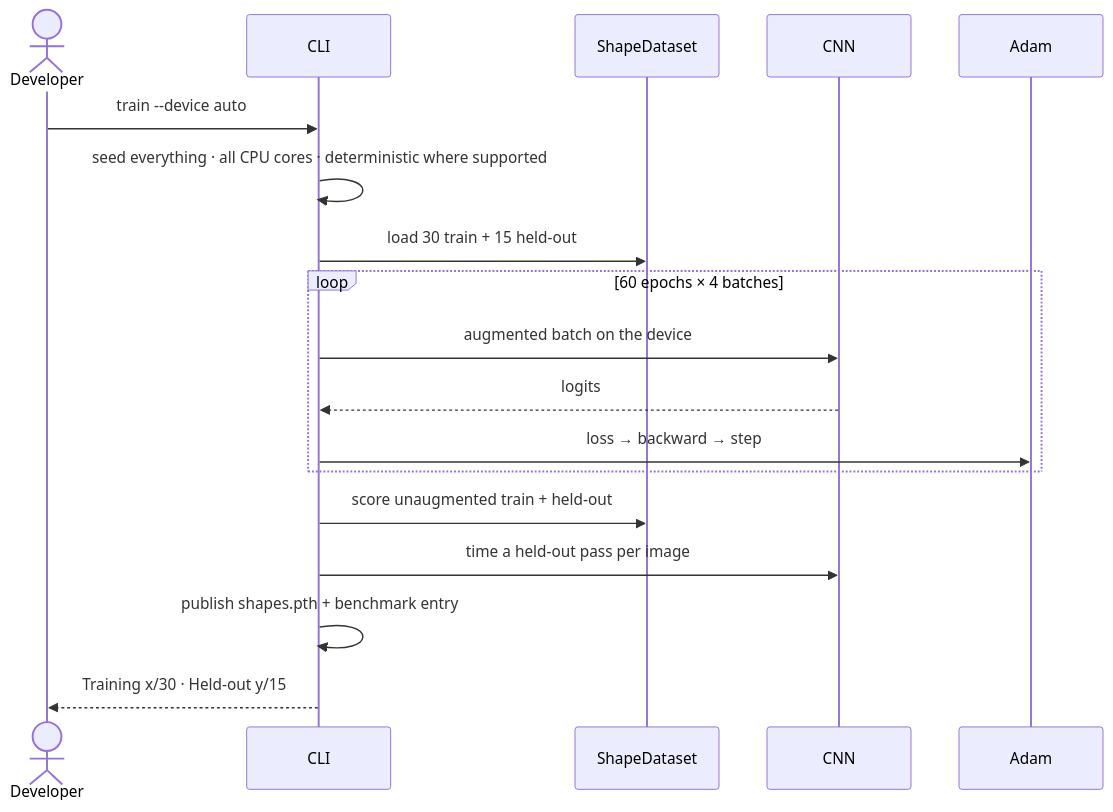
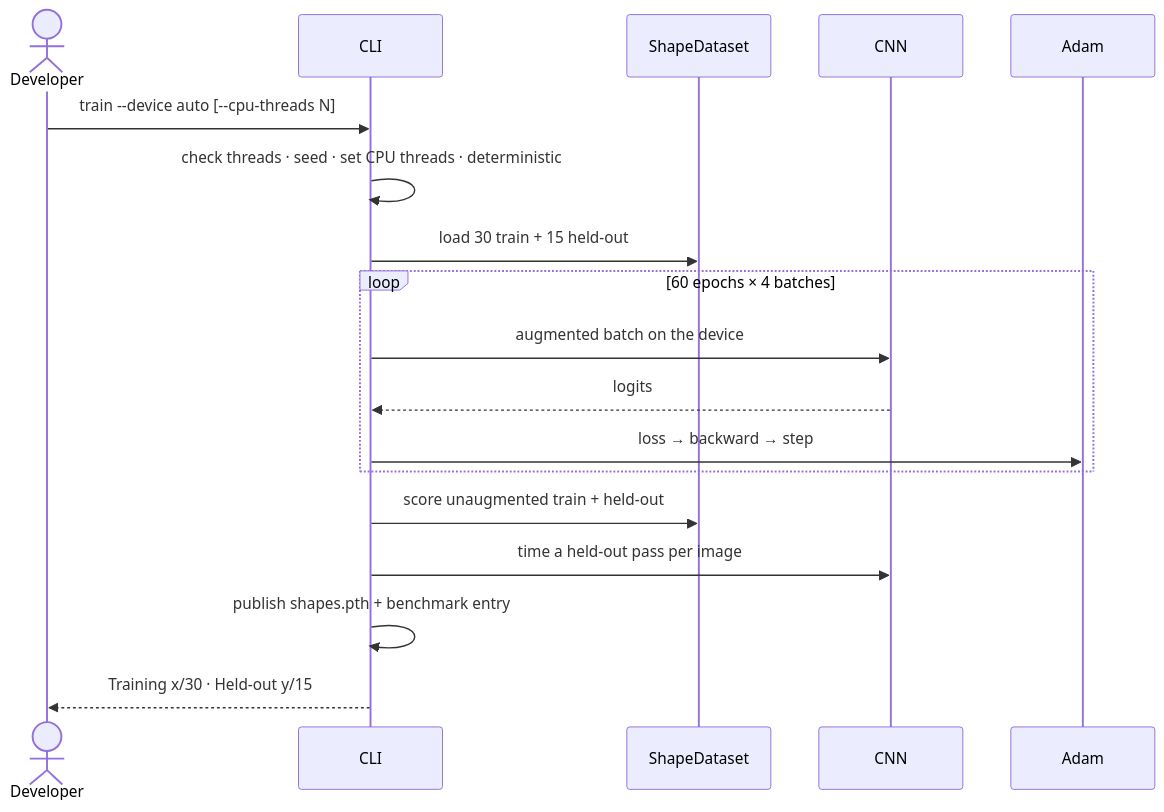
One commit to nal/ML changed the tenth of 15 diagrams in CNN/image_classification/docs/hld/slides.md. Above: the diagram before and after it, drawn with Mermaid. The commit also changed other lines of this file and 1 other file, not shown here.

````diff
--- a/CNN/image_classification/docs/hld/slides.md
+++ b/CNN/image_classification/docs/hld/slides.md
@@ -305,20 +309,20 @@
 ```mermaid {scale: 0.6}
 sequenceDiagram
   actor U as Developer
   participant CLI
   participant DS as ShapeDataset
   participant M as CNN
   participant O as Adam
-  U->>CLI: train --device auto
-  CLI->>CLI: seed everything · all CPU cores · deterministic where supported
+  U->>CLI: train --device auto [--cpu-threads N]
+  CLI->>CLI: check threads · seed · set CPU threads · deterministic
   CLI->>DS: load 30 train + 15 held-out
   loop 60 epochs × 4 batches
     CLI->>M: augmented batch on the device
     M-->>CLI: logits
     CLI->>O: loss → backward → step
   end
   CLI->>DS: score unaugmented train + held-out
   CLI->>M: time a held-out pass per image
   CLI->>CLI: publish shapes.pth + benchmark entry
   CLI-->>U: Training x/30 · Held-out y/15
 ```
````
